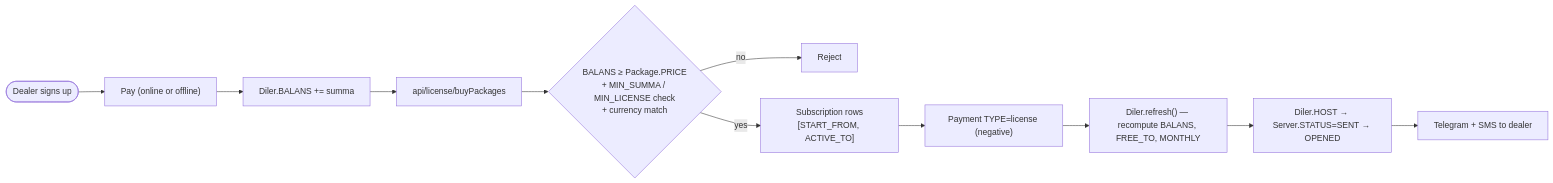
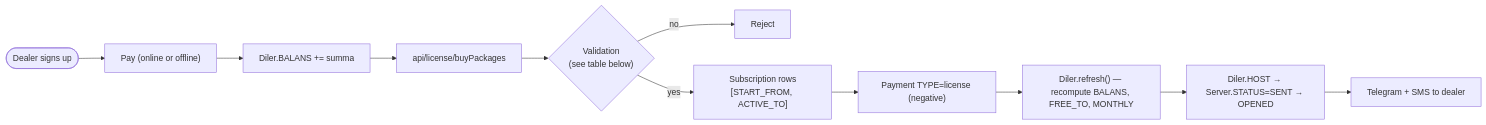
One commit to jamshidtulaganov/sd-doc changed the diagram in docs/sd-billing/subscription-flow.md. Above: the diagram before and after it, drawn with Mermaid. The commit also changed other lines of this file and 28 other files, not shown here.

````diff
--- a/docs/sd-billing/subscription-flow.md
+++ b/docs/sd-billing/subscription-flow.md
@@ -11,13 +11,13 @@
 ```mermaid
 flowchart LR
   S(["Dealer signs up"]) --> P["Pay (online or offline)"]
   P --> B["Diler.BALANS += summa"]
   B --> BUY["api/license/buyPackages"]
-  BUY --> CHK{"BALANS ≥ Package.PRICE<br/>+ MIN_SUMMA / MIN_LICENSE check<br/>+ currency match"}
+  BUY --> CHK{"Validation<br/>(see table below)"}
   CHK -- "no" --> ERR["Reject"]
   CHK -- "yes" --> SUB["Subscription rows<br/>[START_FROM, ACTIVE_TO]"]
   SUB --> NEG["Payment TYPE=license (negative)"]
   NEG --> SET["Diler.refresh() — recompute BALANS, FREE_TO, MONTHLY"]
   SET --> SRV["Diler.HOST → Server.STATUS=SENT → OPENED"]
   SRV --> NOTIF["Telegram + SMS to dealer"]
 ```
````
